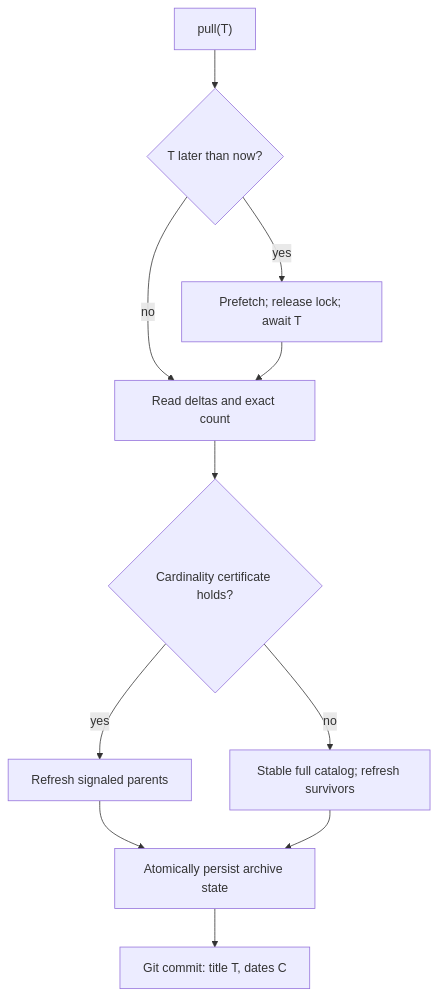
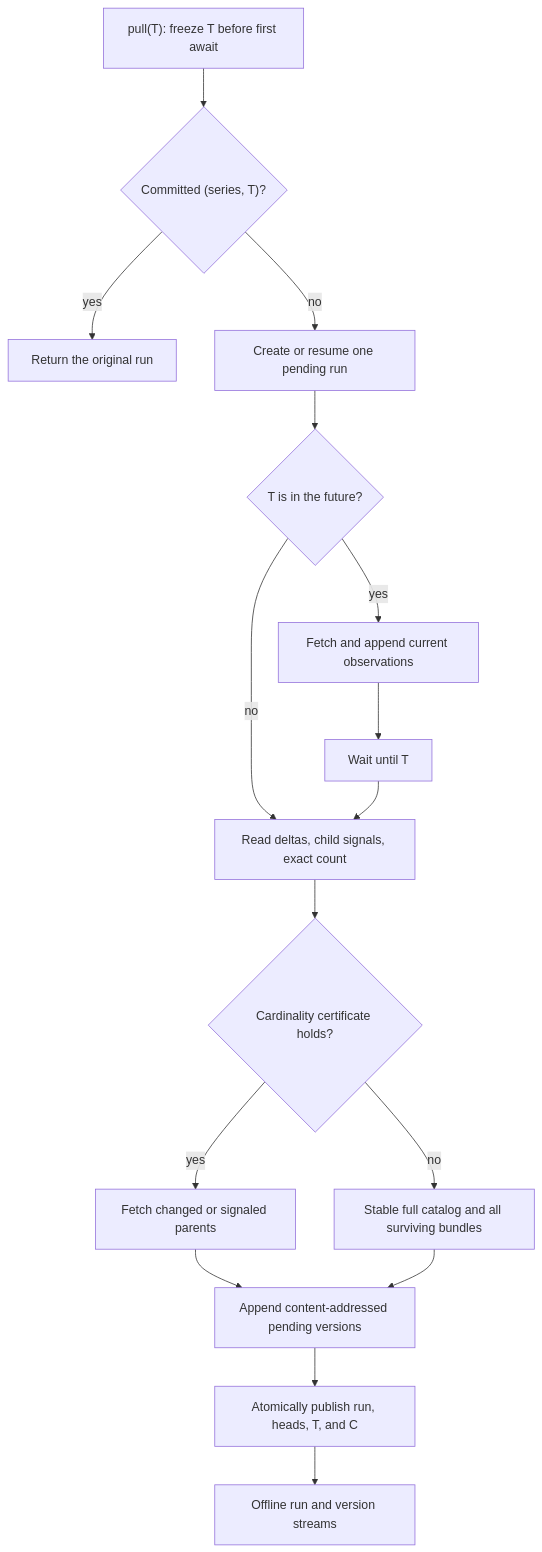
One commit to Delva0/gh-puller changed the diagram in docs/github-puller.md. Above: the diagram before and after it, drawn with Mermaid. The commit also changed other lines of this file and 6 other files, not shown here.

````diff
--- a/docs/github-puller.md
+++ b/docs/github-puller.md
@@ -21,13 +22,18 @@
 ```mermaid
 flowchart TD
-    A["pull(T)"] --> B{"T later than now?"}
-    B -->|yes| C["Prefetch; release lock; await T"]
-    B -->|no| D["Read deltas and exact count"]
-    C --> D
-    D --> E{"Cardinality certificate holds?"}
-    E -->|yes| F["Refresh signaled parents"]
-    E -->|no| G["Stable full catalog; refresh survivors"]
-    F --> H["Atomically persist archive state"]
-    G --> H
-    H --> I["Git commit: title T, dates C"]
+    Call["pull(T): freeze T before first await"] --> Existing{"Committed (series, T)?"}
+    Existing -->|yes| Return["Return the original run"]
+    Existing -->|no| Pending["Create or resume one pending run"]
+    Pending --> Future{"T is in the future?"}
+    Future -->|yes| Prefetch["Fetch and append current observations"]
+    Prefetch --> Wait["Wait until T"]
+    Future -->|no| Discover["Read deltas, child signals, exact count"]
+    Wait --> Discover
+    Discover --> Cert{"Cardinality certificate holds?"}
+    Cert -->|yes| Dirty["Fetch changed or signaled parents"]
+    Cert -->|no| Full["Stable full catalog and all surviving bundles"]
+    Dirty --> Versions["Append content-addressed pending versions"]
+    Full --> Versions
+    Versions --> Publish["Atomically publish run, heads, T, and C"]
+    Publish --> Offline["Offline run and version streams"]
 ```
````
